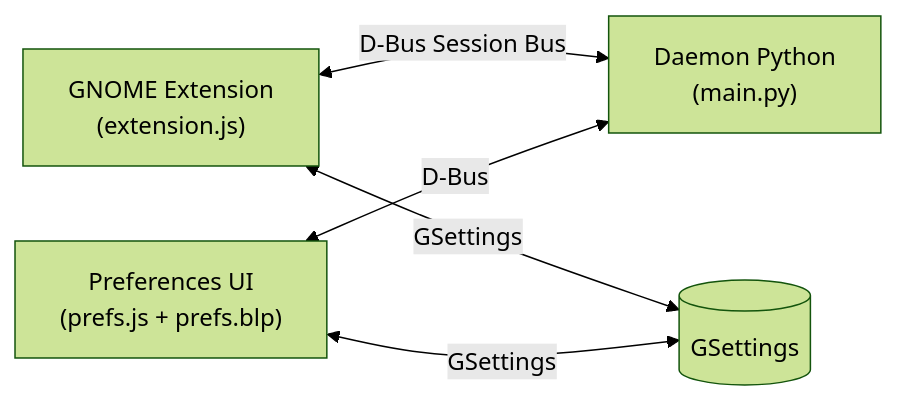
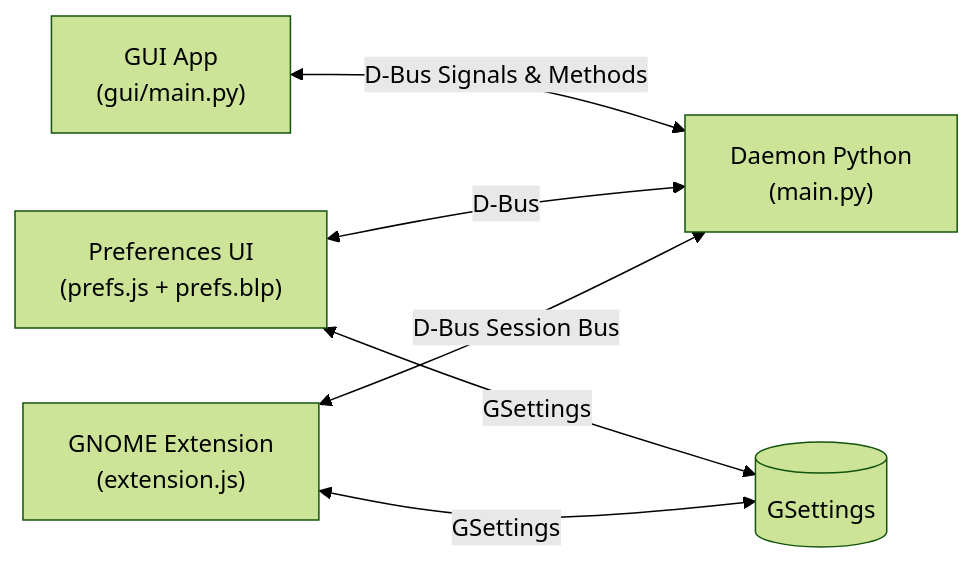
One commit to Scroker/voice-assistant changed the diagram in README.md. Above: the diagram before and after it, drawn with Mermaid (forest theme). The commit also changed other lines of this file and 21 other files, not shown here.

````diff
--- a/README.md
+++ b/README.md
@@ -78,7 +79,8 @@
 ```mermaid
 graph LR
     Extension["GNOME Extension<br/>(extension.js)"] <-->|D-Bus Session Bus| Daemon["Daemon Python<br/>(main.py)"]
     Extension <-->|GSettings| SharedConfig[("GSettings")]
     Prefs["Preferences UI<br/>(prefs.js + prefs.blp)"] <-->|GSettings| SharedConfig
     Prefs <-->|D-Bus| Daemon
+    GUI["GUI App<br/>(gui/main.py)"] <-->|D-Bus Signals & Methods| Daemon
 ```
````
